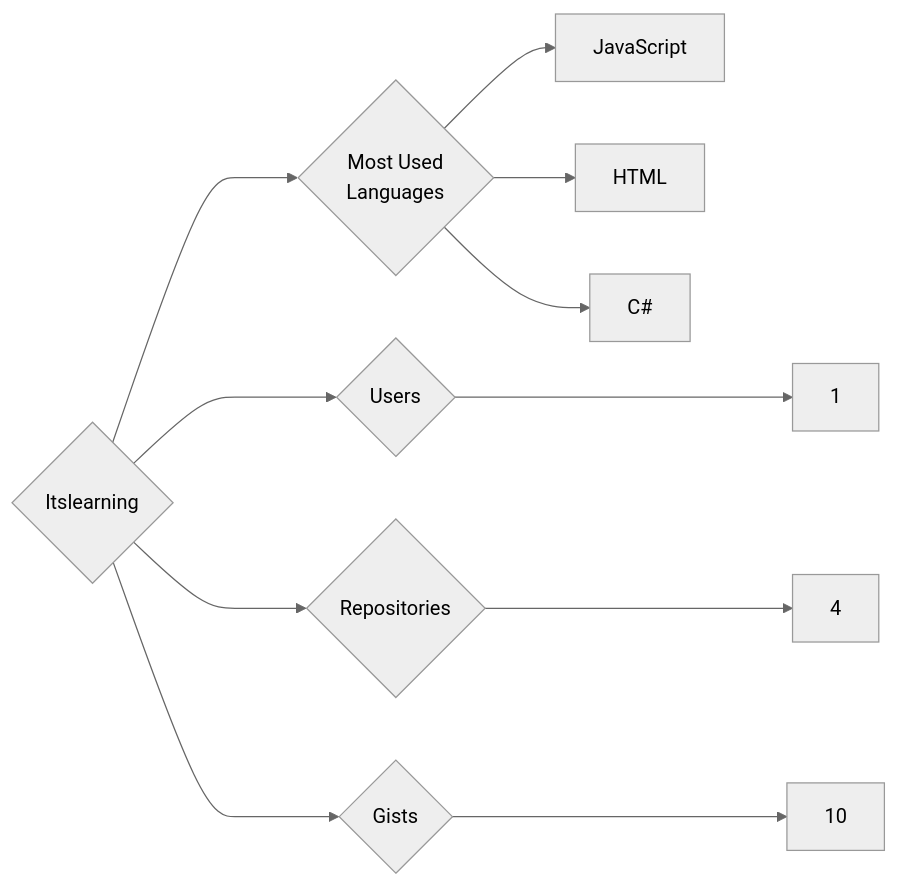
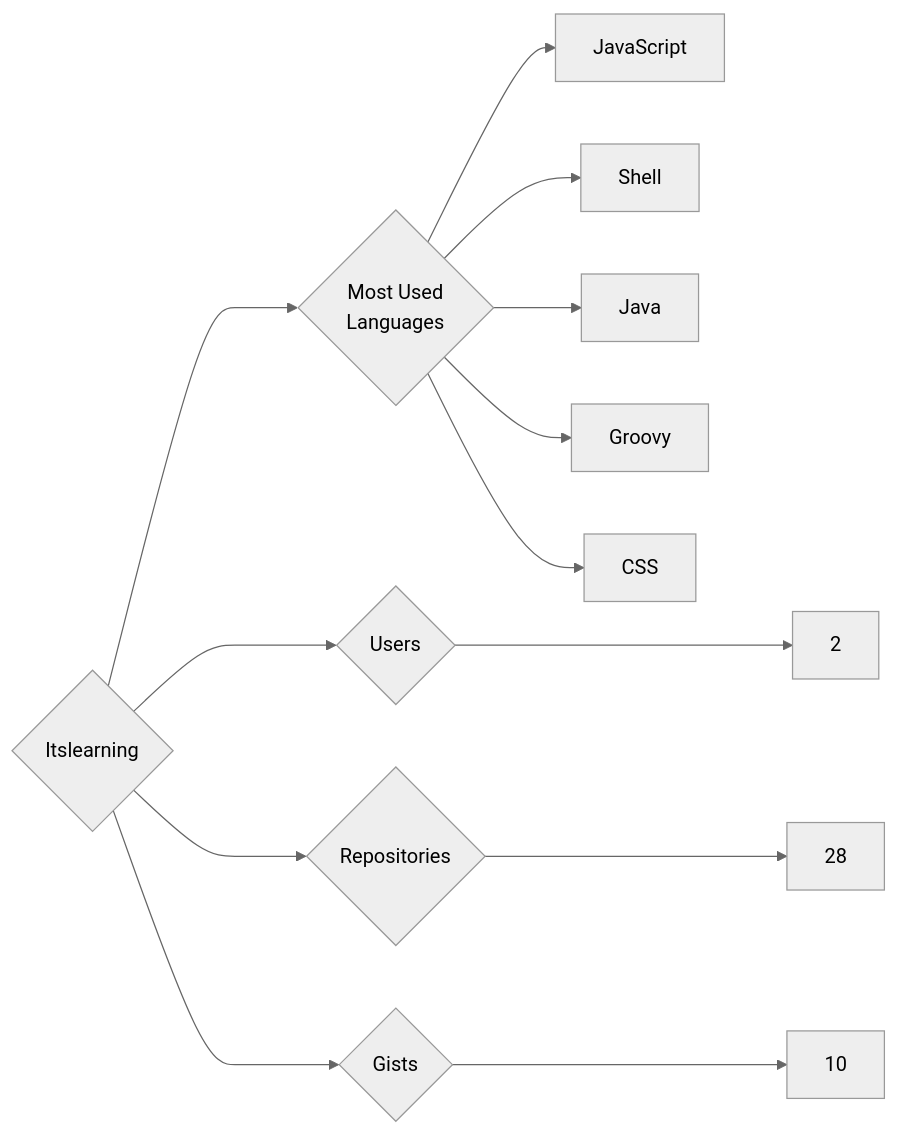
Before and after one commit to trickest/insiders: the diagram in targets/Itslearning/README.md, drawn with Mermaid (neutral theme). The commit also changed 640 other files, not shown here.

````diff
--- a/targets/Itslearning/README.md
+++ b/targets/Itslearning/README.md
@@ -3,11 +3,13 @@
 ```mermaid
 graph LR
 COMPANY_NAME{Itslearning}
-COMPANY_NAME ---> U{Users} ---> UN[1]
-COMPANY_NAME ---> R{Repositories} ---> RN[4]
+COMPANY_NAME ---> U{Users} ---> UN[2]
+COMPANY_NAME ---> R{Repositories} ---> RN[28]
 COMPANY_NAME ---> G{Gists} ---> GN[10]
 COMPANY_NAME ---> ML{Most Used<br>Languages}
 ML --> JavaScript[JavaScript]
-ML --> HTML[HTML]
-ML --> C#[C#]
+ML --> Shell[Shell]
+ML --> Java[Java]
+ML --> Groovy[Groovy]
+ML --> CSS[CSS]
 ```
````
